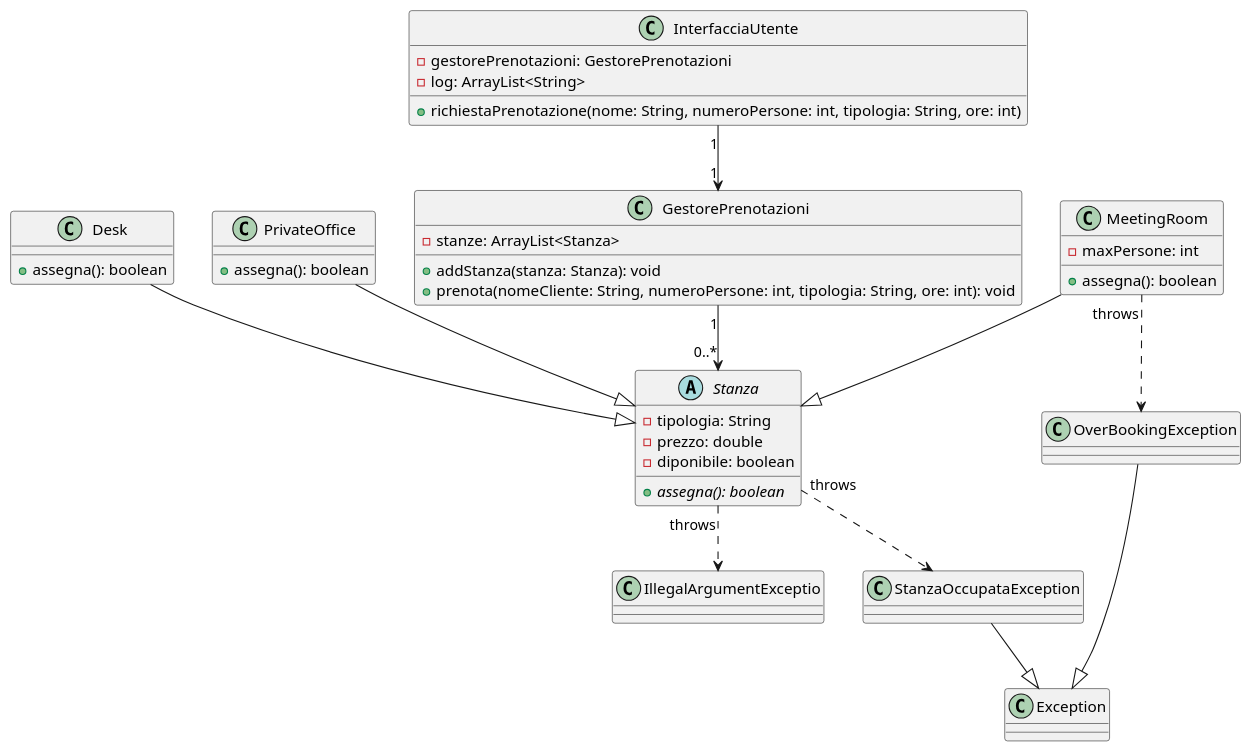
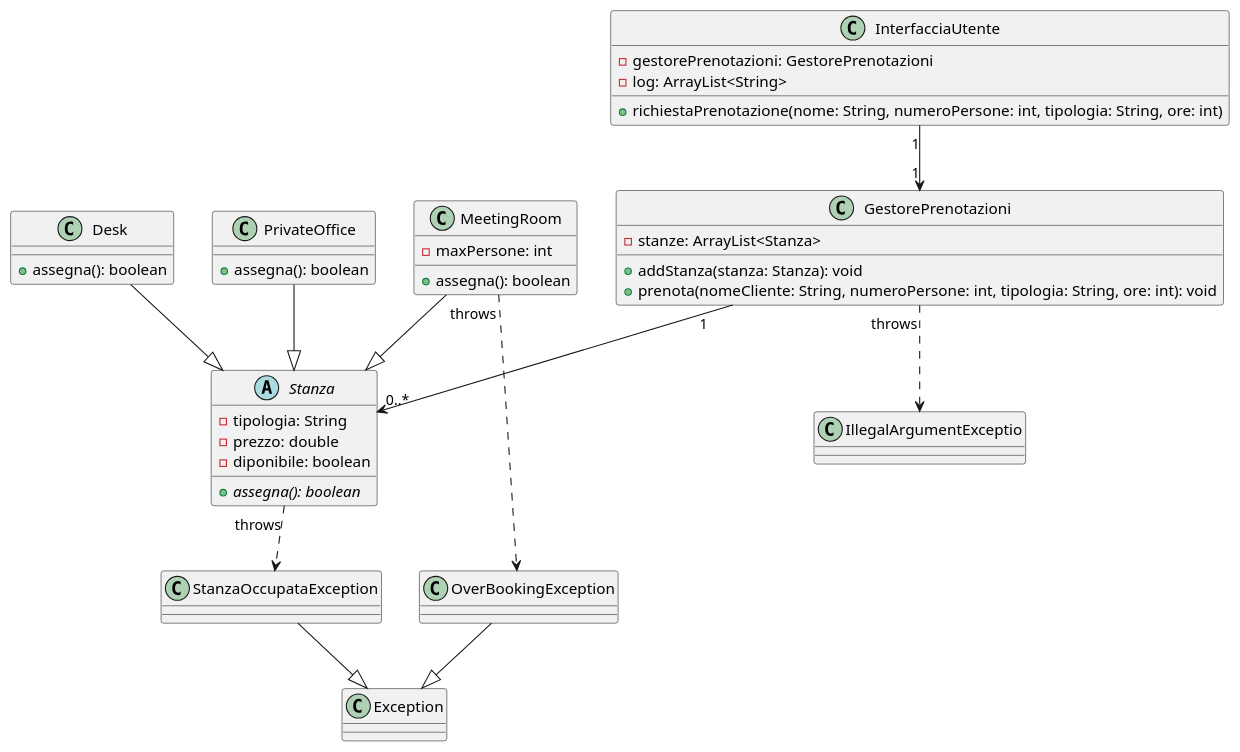
The diagram in CD.puml (Eframmo/ProgettoTPSI), drawn with PlantUML before and after one commit. The commit also changed 4 other files, not shown here.

```diff
--- a/CD.puml
+++ b/CD.puml
@@ -1,58 +1,58 @@
 @startuml
 
 abstract class Stanza{
     -tipologia: String
     -prezzo: double
     -diponibile: boolean
 
     + {abstract} assegna(): boolean
 }
 
 class Desk{
     +assegna(): boolean
 }
 
 class PrivateOffice{
     +assegna(): boolean
 }
 
 class MeetingRoom{
     -maxPersone: int
     +assegna(): boolean
 }
 
 class IllegalArgumentExceptio{}
 class Exception{}
 class StanzaOccupataException{}
 class OverBookingException{}
 
 StanzaOccupataException --|> Exception
 OverBookingException --|> Exception
 
 Desk --|> Stanza
 PrivateOffice --|> Stanza
 MeetingRoom --|> Stanza
 
 class GestorePrenotazioni{
     -stanze: ArrayList<Stanza>
 
     +addStanza(stanza: Stanza): void
     +prenota(nomeCliente: String, numeroPersone: int, tipologia: String, ore: int): void
 }
 
 class InterfacciaUtente{
     -gestorePrenotazioni: GestorePrenotazioni
     -log: ArrayList<String>
 
     +richiestaPrenotazione(nome: String, numeroPersone: int, tipologia: String, ore: int)
 }
 
 InterfacciaUtente "1" --> "1" GestorePrenotazioni
 
 GestorePrenotazioni "1" --> "0..*" Stanza
 
 Stanza "throws" ..> StanzaOccupataException
 MeetingRoom "throws" ..> OverBookingException
-Stanza "throws" ..> IllegalArgumentExceptio
+GestorePrenotazioni "throws" ..> IllegalArgumentExceptio
 
 @enduml
```
